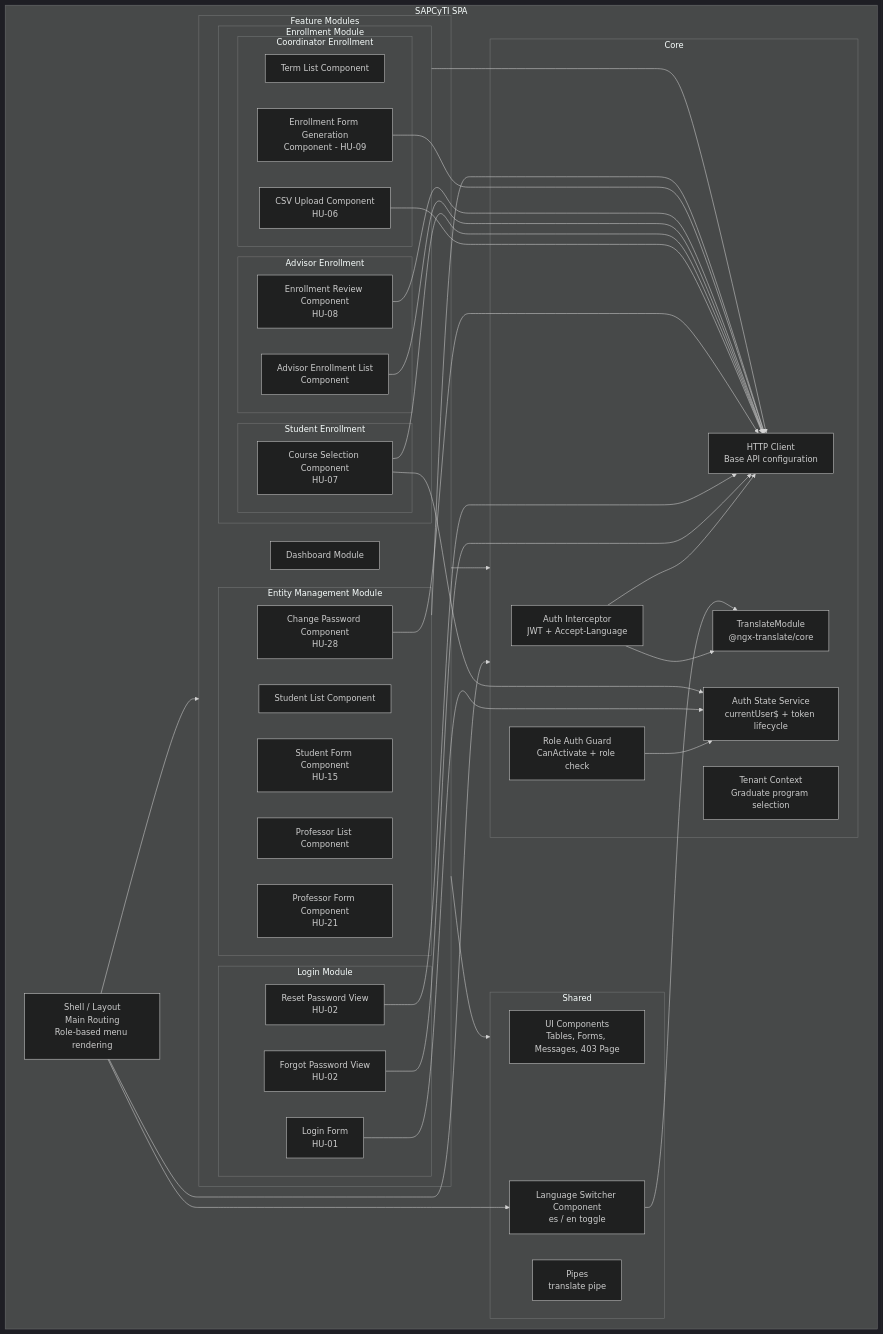
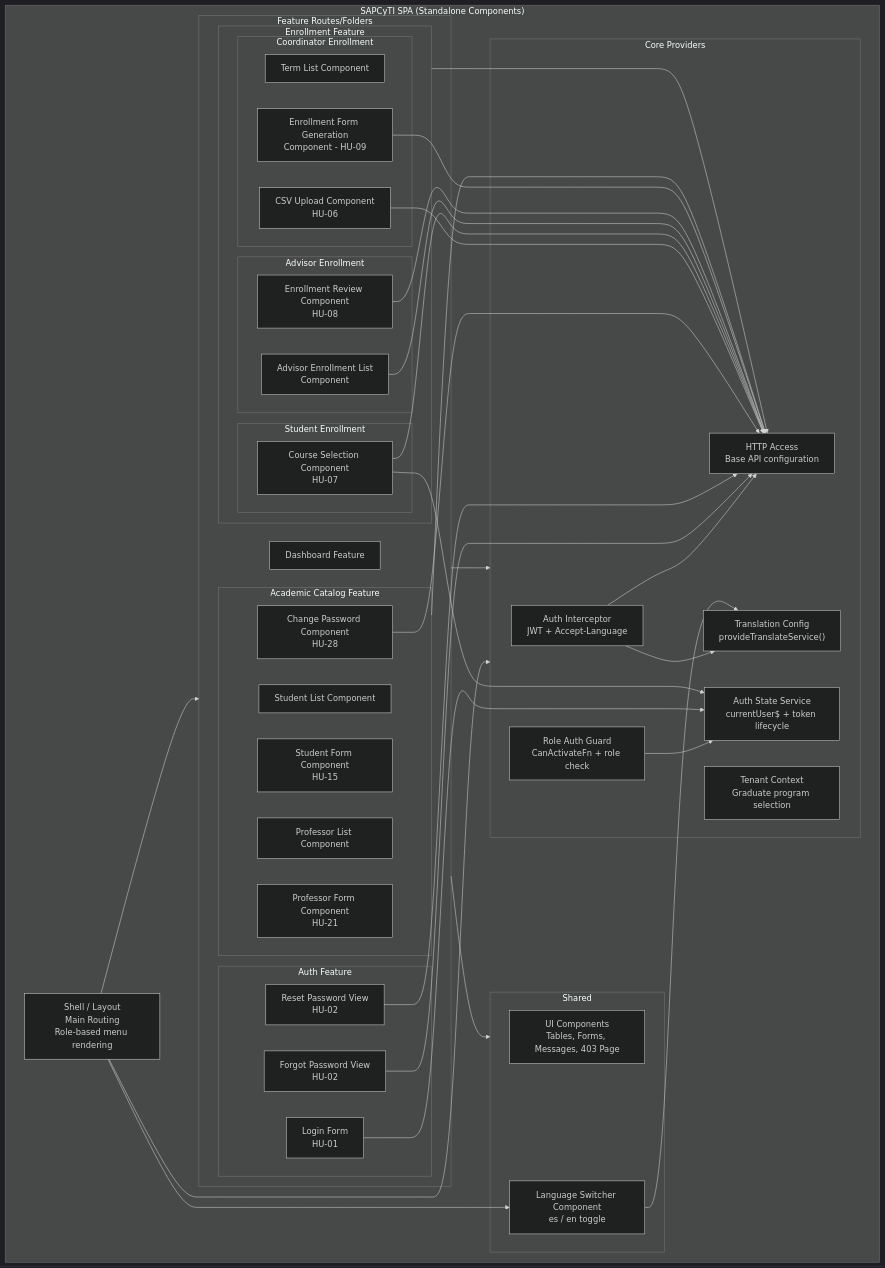
The sixth of 29 diagrams in Design/Architecture.md (SAPCyTI-UAM-I/Docs), drawn with Mermaid (dark theme) before and after one commit. The commit also changed other lines of this file and 1 other file, not shown here.

````diff
--- a/Design/Architecture.md
+++ b/Design/Architecture.md
@@ -728,78 +728,77 @@
 ```mermaid
 flowchart TB
-    subgraph SPA["SAPCyTI SPA"]
+    subgraph SPA["SAPCyTI SPA (Standalone Components)"]
         SHELL["Shell / Layout\nMain Routing\nRole-based menu rendering"]
 
-        subgraph Features["Feature Modules"]
-            subgraph LoginMod["Login Module"]
+        subgraph Features["Feature Routes/Folders"]
+            subgraph LoginMod["Auth Feature"]
                 LOGINFORM["Login Form\nHU-01"]
                 FORGOTPWD["Forgot Password View\nHU-02"]
                 RESETPWD["Reset Password View\nHU-02"]
             end
 
-            DASH["Dashboard Module"]
+            DASH["Dashboard Feature"]
 
-            subgraph EnrollMod["Enrollment Module"]
+            subgraph EnrollMod["Enrollment Feature"]
                 subgraph CoordEnroll["Coordinator Enrollment"]
                     TERMLIST["Term List Component"]
                     CSVUPLOAD["CSV Upload Component\nHU-06"]
                     FORMGEN["Enrollment Form Generation\nComponent - HU-09"]
                 end
 
                 subgraph StudentEnroll["Student Enrollment"]
                     COURSESEL["Course Selection Component\nHU-07"]
                 end
 
                 subgraph AdvisorEnroll["Advisor Enrollment"]
                     ADVENRLIST["Advisor Enrollment List\nComponent"]
                     ENRREVIEW["Enrollment Review Component\nHU-08"]
                 end
             end
 
-            subgraph EntityMod["Entity Management Module"]
+            subgraph EntityMod["Academic Catalog Feature"]
                 STUDLIST["Student List Component"]
                 STUDFORM["Student Form Component\nHU-15"]
                 PROFLIST["Professor List Component"]
                 PROFFORM["Professor Form Component\nHU-21"]
                 CHANGEPWD["Change Password Component\nHU-28"]
             end
         end
 
-        subgraph Core["Core"]
+        subgraph Core["Core Providers"]
             AUTHINT["Auth Interceptor\nJWT + Accept-Language"]
-            AUTHGUARD["Role Auth Guard\nCanActivate + role check"]
+            AUTHGUARD["Role Auth Guard\nCanActivateFn + role check"]
             AUTHSTATE["Auth State Service\ncurrentUser$ + token lifecycle"]
             TENANT["Tenant Context\nGraduate program selection"]
-            HTTP["HTTP Client\nBase API configuration"]
-            I18N["TranslateModule\n@ngx-translate/core"]
+            HTTP["HTTP Access\nBase API configuration"]
+            I18N["Translation Config\nprovideTranslateService()"]
         end
 
         subgraph Shared["Shared"]
             UICOMP["UI Components\nTables, Forms, Messages, 403 Page"]
             LANGSW["Language Switcher Component\nes / en toggle"]
-            PIPES["Pipes\ntranslate pipe"]
         end
     end
 
     SHELL --> Features
     SHELL --> Core
     SHELL --> LANGSW
     Features --> Core
     Features --> Shared
     AUTHINT --> HTTP
     AUTHINT --> I18N
     AUTHGUARD --> AUTHSTATE
     LOGINFORM --> AUTHSTATE
     FORGOTPWD --> HTTP
     RESETPWD --> HTTP
     CHANGEPWD --> HTTP
     EntityMod --> HTTP
     EnrollMod --> HTTP
     LANGSW --> I18N
     CSVUPLOAD --> HTTP
     COURSESEL --> HTTP
     COURSESEL --> AUTHSTATE
     ADVENRLIST --> HTTP
     ENRREVIEW --> HTTP
     FORMGEN --> HTTP
 ```
````
